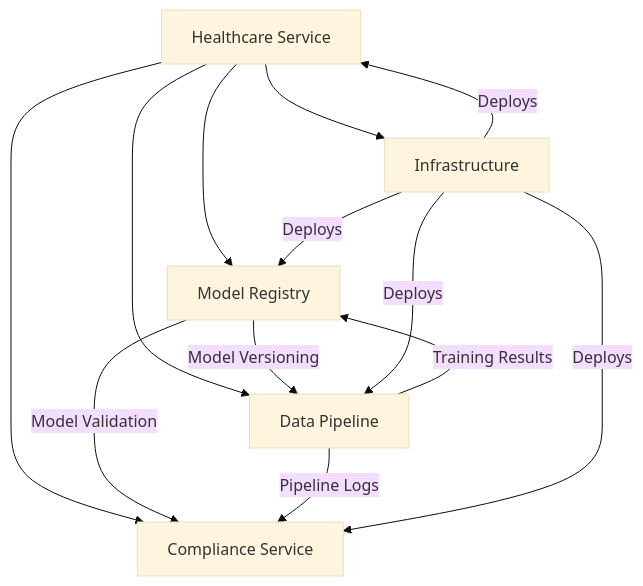
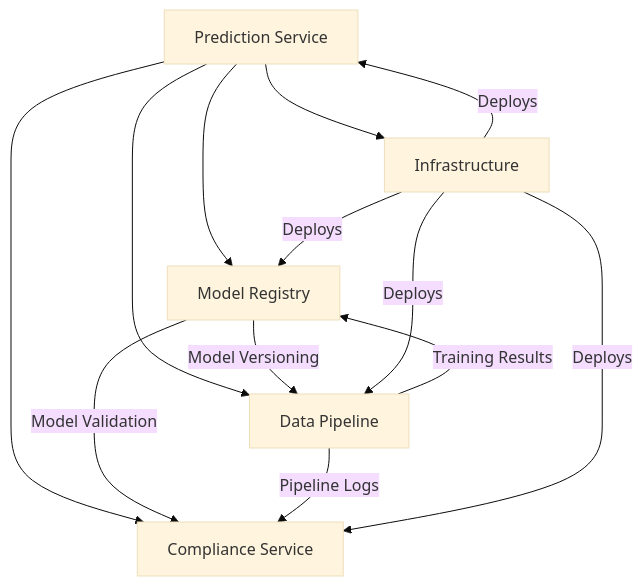
Before and after one commit to realjules/monitor.ai: the first of 3 diagrams in README.md, drawn with Mermaid (base theme). The commit also changed other lines of this file and 4 other files, not shown here.

First line of the commit message:
Refactor to generic prediction service

````diff
--- a/README.md
+++ b/README.md
@@ -30,16 +30,16 @@
 ```mermaid
 graph TD
-    A[Healthcare Service] --> B[Model Registry]
+    A[Prediction Service] --> B[Model Registry]
     A --> C[Data Pipeline]
     A --> D[Compliance Service]
     A --> E[Infrastructure]
     
     B -- "Model Versioning" --> C
     B -- "Model Validation" --> D
     C -- "Training Results" --> B
     C -- "Pipeline Logs" --> D
     E -- "Deploys" --> A
     E -- "Deploys" --> B
     E -- "Deploys" --> C
     E -- "Deploys" --> D
 ```
````
